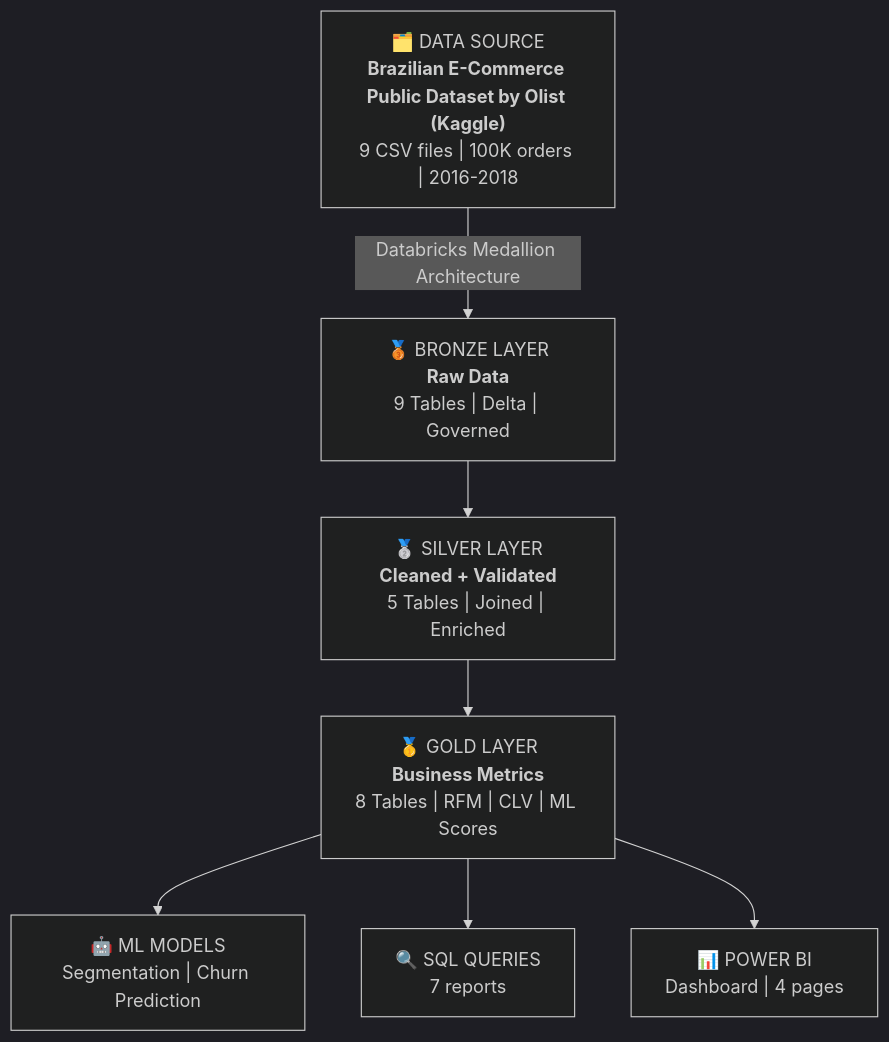
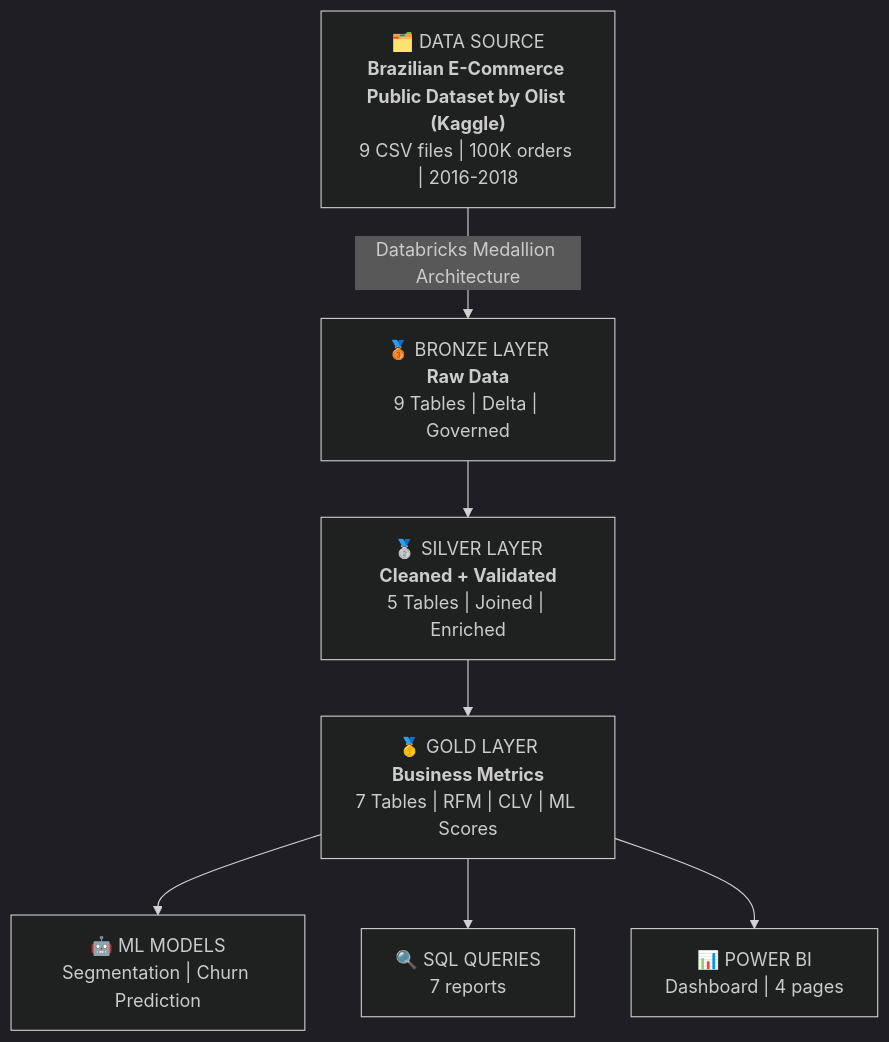
Before and after one commit to txago/olist-analytics-platform: the diagram in README.md, drawn with Mermaid (dark theme).

````diff
--- a/README.md
+++ b/README.md
@@ -48,9 +48,9 @@
 ```mermaid
 flowchart TD
     A["🗂️ DATA SOURCE<br><strong>Brazilian E-Commerce Public Dataset by Olist (Kaggle)</strong><br>9 CSV files | 100K orders | 2016-2018"] -->|Databricks Medallion Architecture| B["🥉 BRONZE LAYER<br><strong>Raw Data</strong><br>9 Tables | Delta | Governed"]
     B --> C["🥈 SILVER LAYER<br><strong>Cleaned + Validated</strong><br>5 Tables | Joined | Enriched"]
-    C --> D["🥇 GOLD LAYER<br><strong>Business Metrics</strong><br>8 Tables | RFM | CLV | ML Scores"]
+    C --> D["🥇 GOLD LAYER<br><strong>Business Metrics</strong><br>7 Tables | RFM | CLV | ML Scores"]
     D --> E["🤖 ML MODELS<br>Segmentation | Churn Prediction"]
     D --> F["🔍 SQL QUERIES<br>7 reports"]
     D --> G["📊 POWER BI<br>Dashboard | 4 pages"]
 ```
````
